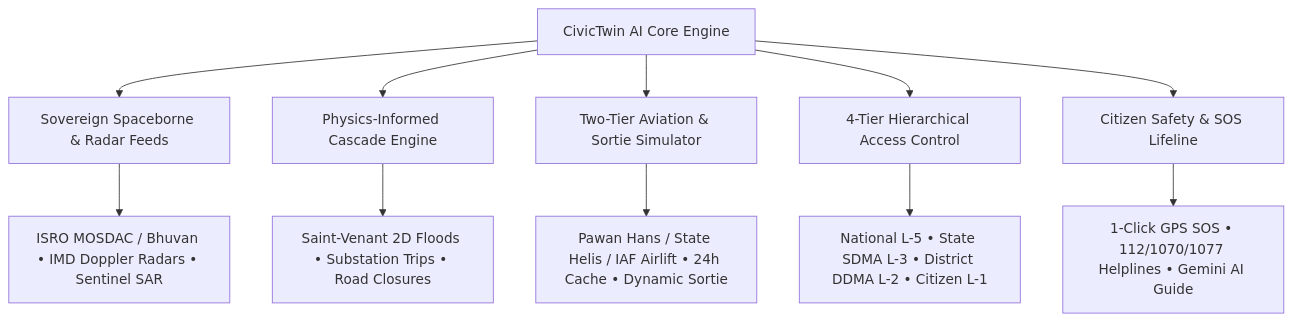
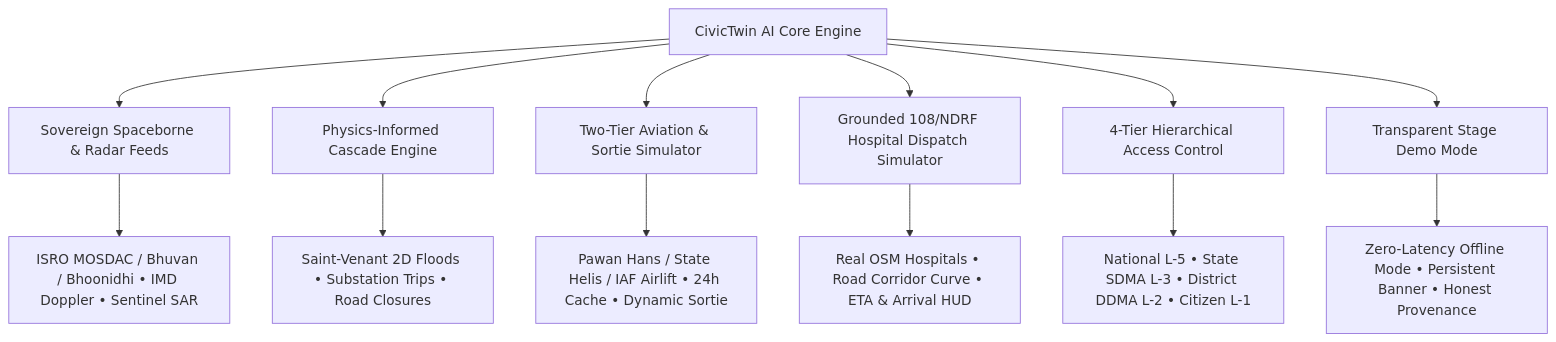
The diagram in docs/PROJECT_OVERVIEW.md (pnikhilchandra595-bot/Civic-Twin-AI), drawn with Mermaid before and after one commit. The commit also changed other lines of this file and 5 other files, not shown here.

Commit message:
docs: update requirements, system design, and overview specifications with latest architecture, emergency dispatch, and demo mode

````diff
--- a/docs/PROJECT_OVERVIEW.md
+++ b/docs/PROJECT_OVERVIEW.md
@@ -16,14 +16,16 @@
 ```mermaid
 graph TD
     A[CivicTwin AI Core Engine] --> B[Sovereign Spaceborne & Radar Feeds]
     A --> C[Physics-Informed Cascade Engine]
     A --> D[Two-Tier Aviation & Sortie Simulator]
-    A --> E[4-Tier Hierarchical Access Control]
-    A --> F[Citizen Safety & SOS Lifeline]
+    A --> E[Grounded 108/NDRF Hospital Dispatch Simulator]
+    A --> F[4-Tier Hierarchical Access Control]
+    A --> G[Transparent Stage Demo Mode]
 
-    B --> B1[ISRO MOSDAC / Bhuvan • IMD Doppler Radars • Sentinel SAR]
+    B --> B1[ISRO MOSDAC / Bhuvan / Bhoonidhi • IMD Doppler • Sentinel SAR]
     C --> C1[Saint-Venant 2D Floods • Substation Trips • Road Closures]
     D --> D1[Pawan Hans / State Helis / IAF Airlift • 24h Cache • Dynamic Sortie]
-    E --> E1[National L-5 • State SDMA L-3 • District DDMA L-2 • Citizen L-1]
-    F --> F1[1-Click GPS SOS • 112/1070/1077 Helplines • Gemini AI Guide]
+    E --> E1[Real OSM Hospitals • Road Corridor Curve • ETA & Arrival HUD]
+    F --> F1[National L-5 • State SDMA L-3 • District DDMA L-2 • Citizen L-1]
+    G --> G1[Zero-Latency Offline Mode • Persistent Banner • Honest Provenance]
 ```
````
